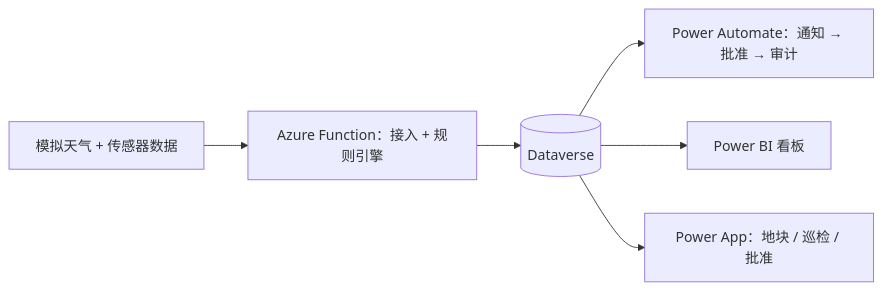
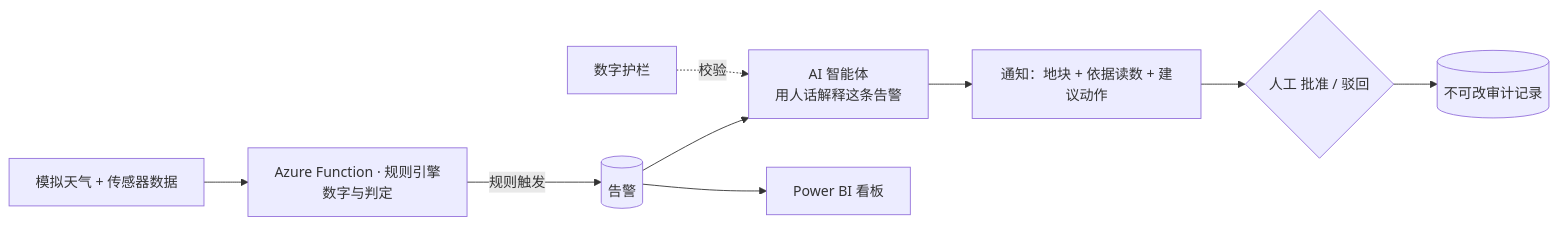
Before and after one commit to Zeeekrom/agrisentry: the diagram in README.zh-CN.md, drawn with Mermaid. The commit also changed other lines of this file and 2 other files, not shown here.

````diff
--- a/README.zh-CN.md
+++ b/README.zh-CN.md
@@ -71,8 +83,11 @@
 ```mermaid
 flowchart LR
-    S[模拟天气 + 传感器数据] --> F[Azure Function：接入 + 规则引擎]
-    F --> DV[(Dataverse)]
-    DV --> PA[Power Automate：通知 → 批准 → 审计]
-    DV --> BI[Power BI 看板]
-    DV --> APP[Power App：地块 / 巡检 / 批准]
+    S[模拟天气 + 传感器数据] --> F[Azure Function · 规则引擎<br/>数字与判定]
+    F -->|规则触发| AL[(告警)]
+    AL --> AG[AI 智能体<br/>用人话解释这条告警]
+    AG --> N[通知：地块 + 依据读数 + 建议动作]
+    N --> H{人工 批准 / 驳回}
+    H --> AU[(不可改审计记录)]
+    AL --> BI[Power BI 看板]
+    G[数字护栏] -.校验.-> AG
 ```
````
